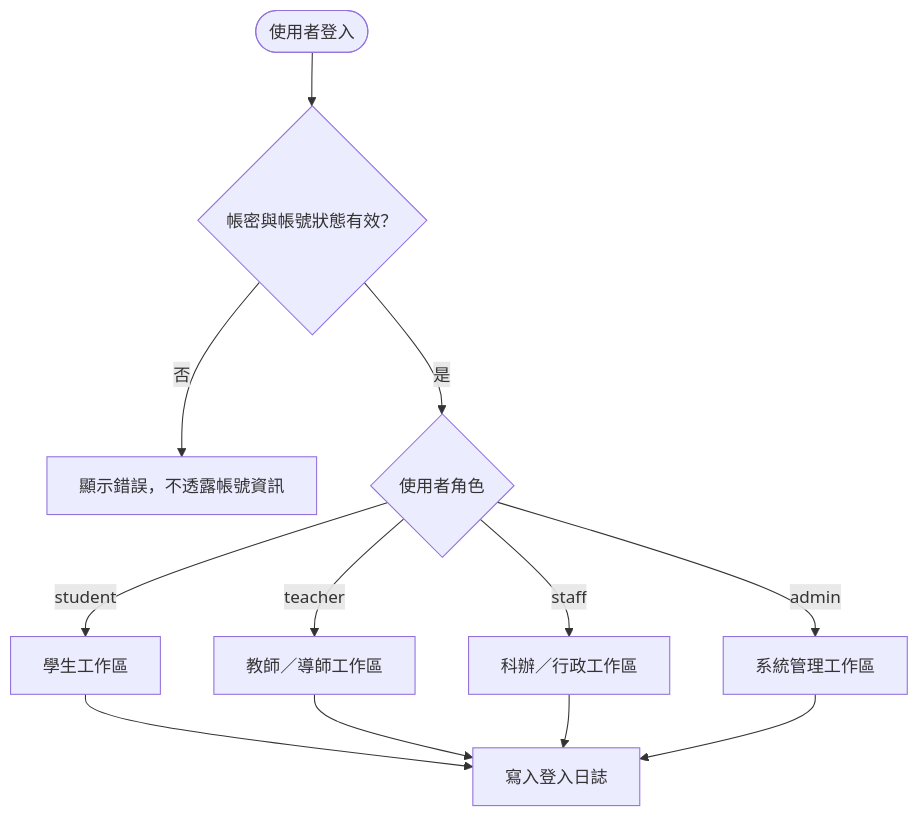
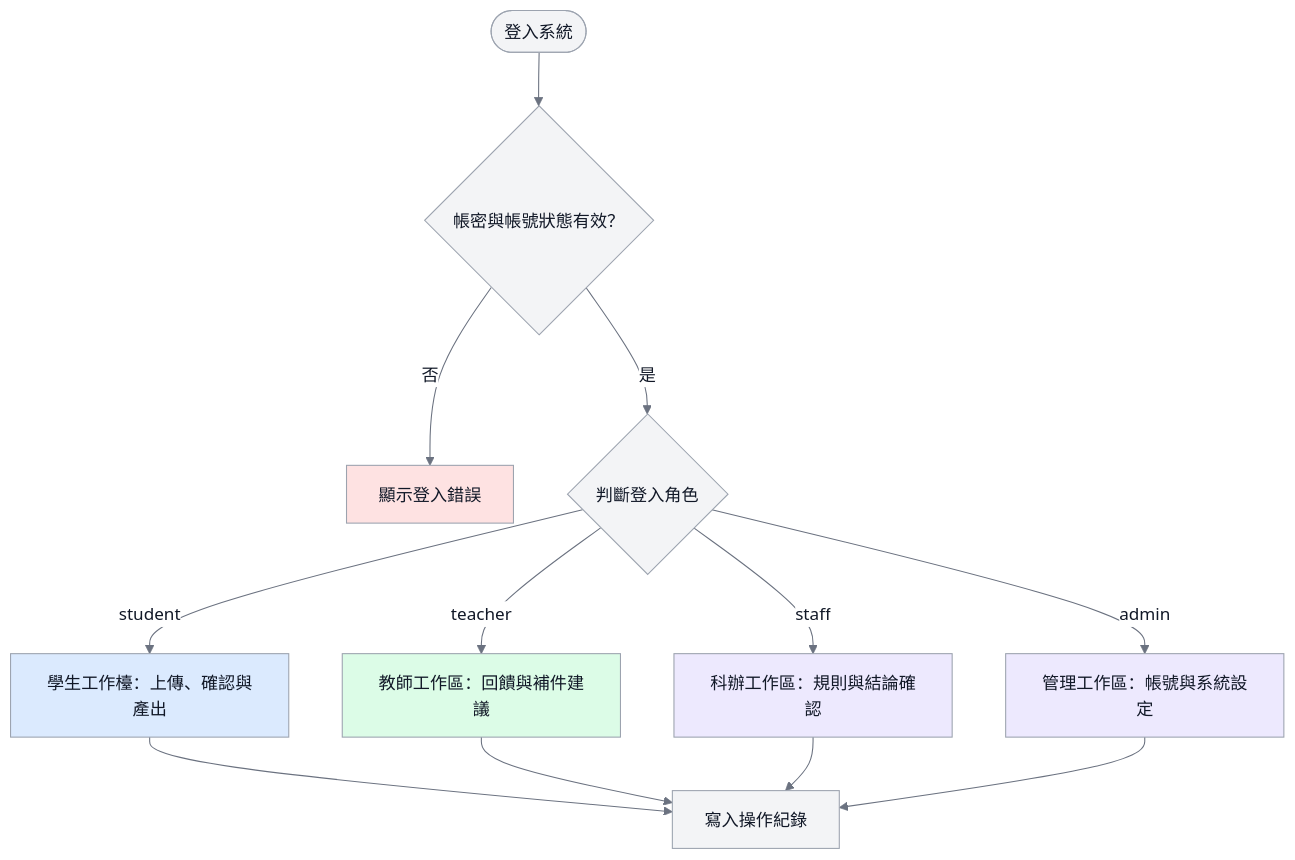
One commit to vujhdcusa/1028 changed the diagram in docs/images/D-02-login-role-routing.mmd. Above: the diagram before and after it, drawn with Mermaid. The commit also changed 16 other files, not shown here.

Commit message:
docs: correct learning portfolio flow diagrams

```diff
--- a/docs/images/D-02-login-role-routing.mmd
+++ b/docs/images/D-02-login-role-routing.mmd
@@ -1,12 +1,19 @@
+%%{init: {'theme':'base','themeVariables': {'fontFamily':'Microsoft JhengHei, Noto Sans TC, Arial, sans-serif','primaryColor':'#F3F4F6','primaryTextColor':'#111827','primaryBorderColor':'#9CA3AF','lineColor':'#6B7280','edgeLabelBackground':'#FFFFFF'}}}%%
 flowchart TD
-    Start([使用者登入]) --> Auth{帳密與帳號狀態有效？}
-    Auth -- 否 --> Error[顯示錯誤，不透露帳號資訊]
-    Auth -- 是 --> Role{使用者角色}
-    Role -- student --> Student[學生工作區]
-    Role -- teacher --> Teacher[教師／導師工作區]
-    Role -- staff --> Staff[科辦／行政工作區]
-    Role -- admin --> Admin[系統管理工作區]
-    Student --> Log[寫入登入日誌]
+    classDef system fill:#F3F4F6,stroke:#9CA3AF,color:#111827,stroke-width:1px;
+    classDef student fill:#DBEAFE,stroke:#9CA3AF,color:#111827,stroke-width:1px;
+    classDef teacher fill:#DCFCE7,stroke:#9CA3AF,color:#111827,stroke-width:1px;
+    classDef staff fill:#EDE9FE,stroke:#9CA3AF,color:#111827,stroke-width:1px;
+    classDef alert fill:#FEE2E2,stroke:#9CA3AF,color:#111827,stroke-width:1px;
+
+    Start([登入系統]) --> Auth{帳密與帳號狀態有效？}
+    Auth -- 否 --> Error[顯示登入錯誤]:::alert
+    Auth -- 是 --> Role{判斷登入角色}
+    Role -- student --> Student[學生工作檯：上傳、確認與產出]:::student
+    Role -- teacher --> Teacher[教師工作區：回饋與補件建議]:::teacher
+    Role -- staff --> Staff[科辦工作區：規則與結論確認]:::staff
+    Role -- admin --> Admin[管理工作區：帳號與系統設定]:::staff
+    Student --> Log[寫入操作紀錄]:::system
     Teacher --> Log
     Staff --> Log
     Admin --> Log
```
